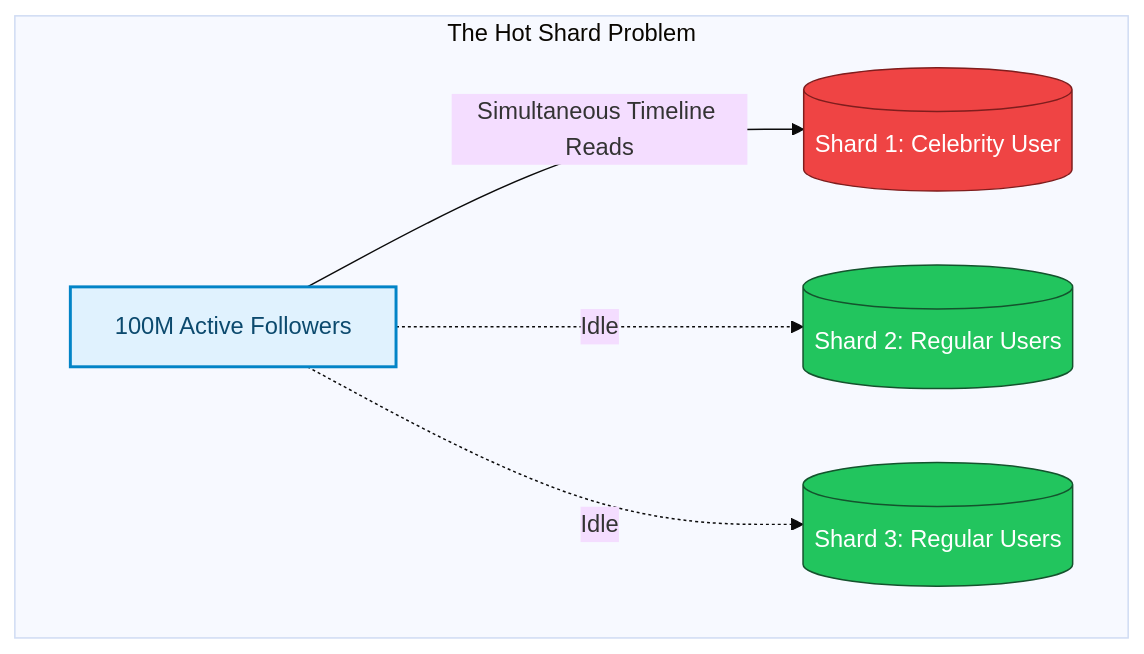
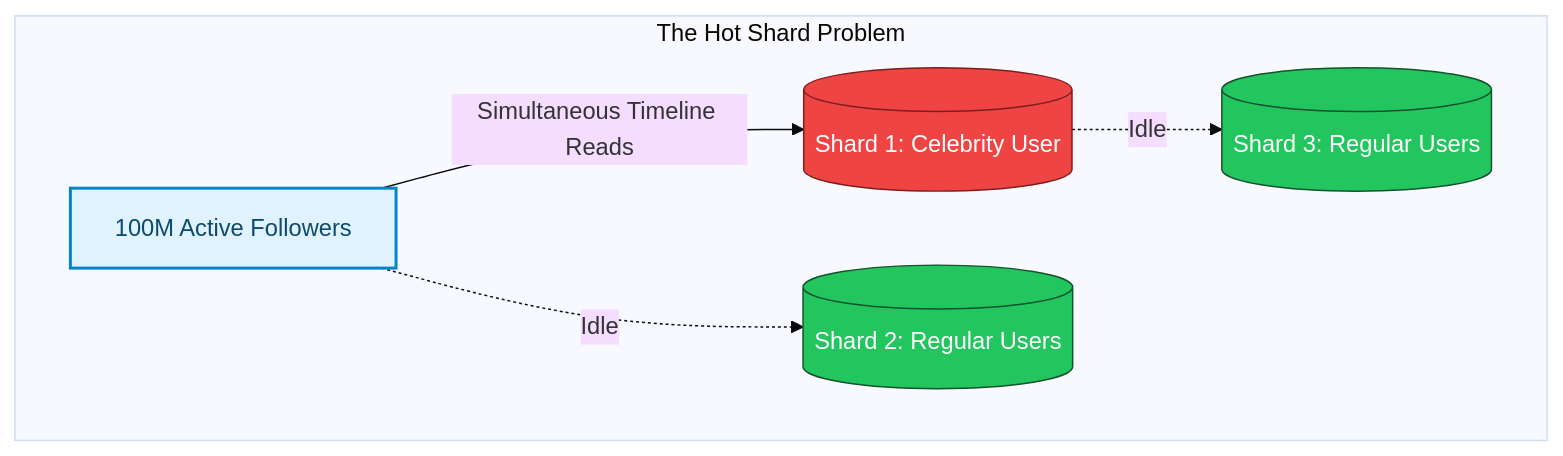
One commit to akmalkhaniub/akmalkhaniub.github.io changed the fourth of 5 diagrams in blog/posts/7-fatal-microservices-gotchas-uber-netflix-discord-aws.md. Above: the diagram before and after it, drawn with Mermaid (base theme). The commit also changed other lines of this file and 894 other files, not shown here.

Commit message:
feat(blog): upgrade all 444 posts with unique staggered dates, 2-col Mermaid spines, benchmark tables, code blocks, and trade-offs

````diff
--- a/blog/posts/7-fatal-microservices-gotchas-uber-netflix-discord-aws.md
+++ b/blog/posts/7-fatal-microservices-gotchas-uber-netflix-discord-aws.md
@@ -173,19 +174,19 @@
 ```mermaid
 flowchart TD
   subgraph SG3_TheHotShard ["The Hot Shard Problem"]
     Users["100M Active Followers"] -->|Simultaneous Timeline Reads| Shard1[(Shard 1: Celebrity User)]
     Users -.->|Idle| Shard2[(Shard 2: Regular Users)]
-    Users -.->|Idle| Shard3[(Shard 3: Regular Users)]
+    Shard1 -.-> |Idle| Shard3[(Shard 3: Regular Users)]
   end
   
   style Shard1 fill:#ef4444,stroke:#7f1d1d,color:#ffffff
   style Shard2 fill:#22c55e,stroke:#14532d,color:#ffffff
   style Shard3 fill:#22c55e,stroke:#14532d,color:#ffffff
 
 classDef green fill:#dcfce7,stroke:#16a34a,stroke-width:2px,color:#14532d;
 classDef red fill:#fee2e2,stroke:#dc2626,stroke-width:2px,color:#7f1d1d;
 classDef blue fill:#e0f2fe,stroke:#0284c7,stroke-width:2px,color:#0c4a6e;
 classDef yellow fill:#fef3c7,stroke:#d97706,stroke-width:2px,color:#78350f;
 classDef purple fill:#ede9fe,stroke:#7c3aed,stroke-width:2px,color:#4c1d95;
 class Users blue
 ```
````
